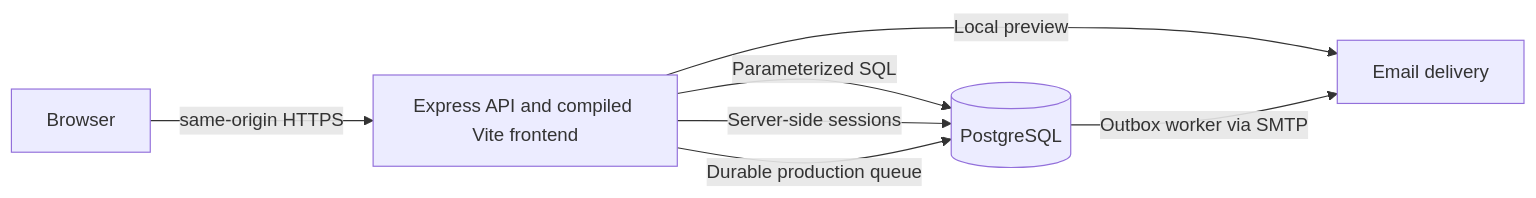
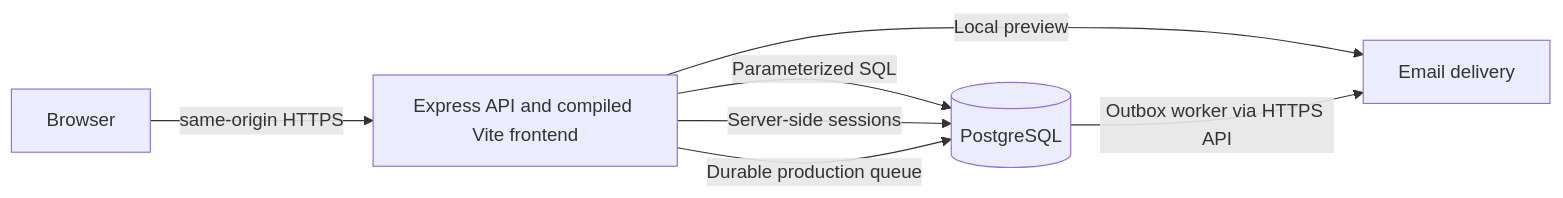
The diagram in README.md (Yukiiii2/projectflow), drawn with Mermaid before and after one commit. The commit also changed other lines of this file and 23 other files, not shown here.

````diff
--- a/README.md
+++ b/README.md
@@ -51,9 +51,9 @@
 ```mermaid
 flowchart LR
     Browser[Browser] -->|same-origin HTTPS| API[Express API and compiled Vite frontend]
     API -->|Parameterized SQL| DB[(PostgreSQL)]
     API -->|Server-side sessions| DB
     API -->|Durable production queue| DB
     API -->|Local preview| Mail[Email delivery]
-    DB -->|Outbox worker via SMTP| Mail
+    DB -->|Outbox worker via HTTPS API| Mail
 ```
````
